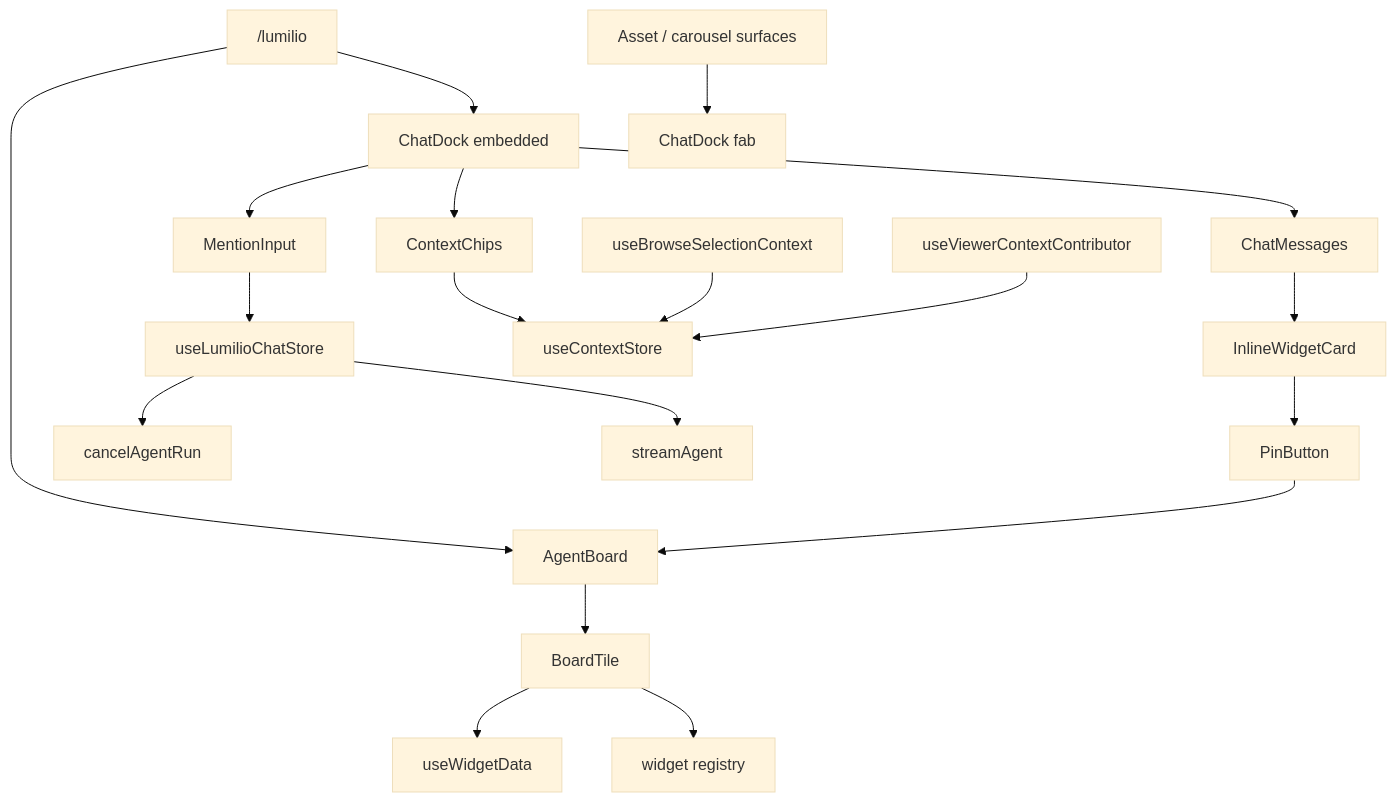
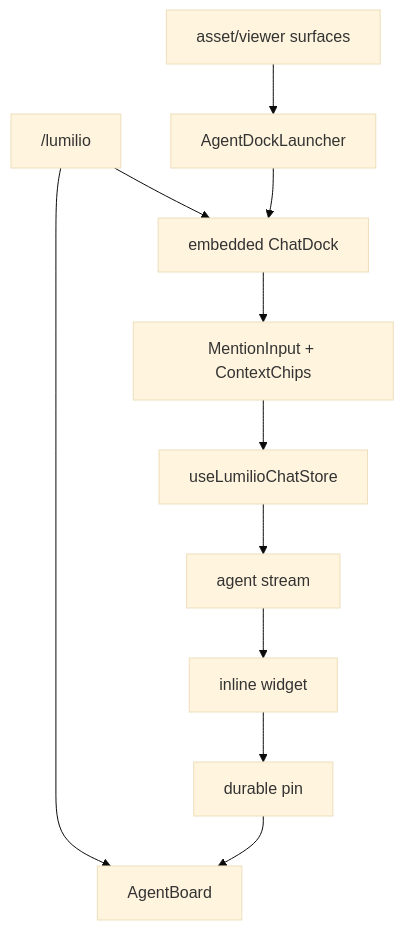
The diagram in web/src/features/lumilio/doc.md (EdwinZhanCN/Lumilio-Photos), drawn with Mermaid (base theme) before and after one commit. The commit also changed other lines of this file and 74 other files, not shown here.

````diff
--- a/web/src/features/lumilio/doc.md
+++ b/web/src/features/lumilio/doc.md
@@ -63,21 +25,13 @@
 ```mermaid
 flowchart TD
     ROUTE["/lumilio"] --> BOARD["AgentBoard"]
-    ROUTE --> DOCK["ChatDock embedded"]
-    FAB["Asset / carousel surfaces"] --> DOCK2["ChatDock fab"]
-    DOCK --> INPUT["MentionInput"]
-    DOCK --> CHIPS["ContextChips"]
-    DOCK --> MESSAGES["ChatMessages"]
+    ROUTE --> DOCK["embedded ChatDock"]
+    APP["asset/viewer surfaces"] --> LAUNCHER["AgentDockLauncher"]
+    LAUNCHER --> DOCK
+    DOCK --> INPUT["MentionInput + ContextChips"]
     INPUT --> STORE["useLumilioChatStore"]
-    STORE --> CANCEL["cancelAgentRun"]
-    CHIPS --> CTX["useContextStore"]
-    GALLERY["useBrowseSelectionContext"] --> CTX
-    CAROUSEL["useViewerContextContributor"] --> CTX
-    STORE --> SSE["streamAgent"]
-    MESSAGES --> INLINE["InlineWidgetCard"]
-    INLINE --> PIN["PinButton"]
+    STORE --> SSE["agent stream"]
+    SSE --> WIDGET["inline widget"]
+    WIDGET --> PIN["durable pin"]
     PIN --> BOARD
-    BOARD --> TILE["BoardTile"]
-    TILE --> DATA["useWidgetData"]
-    TILE --> REG["widget registry"]
 ```
````
